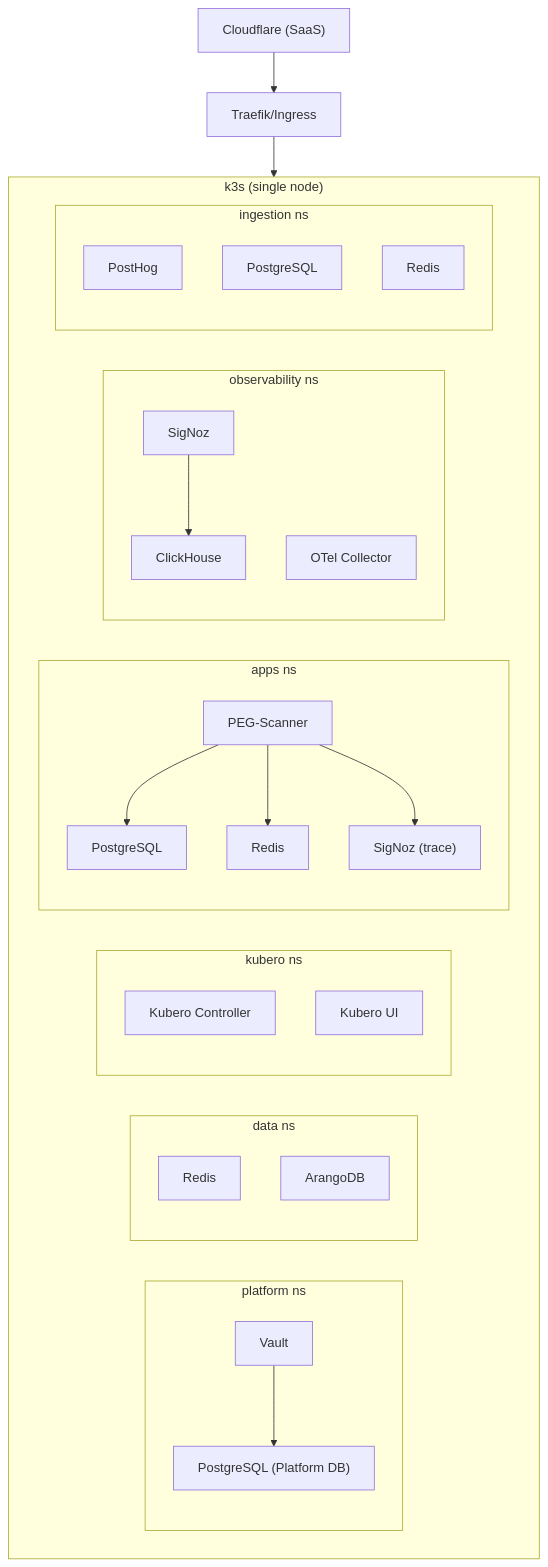
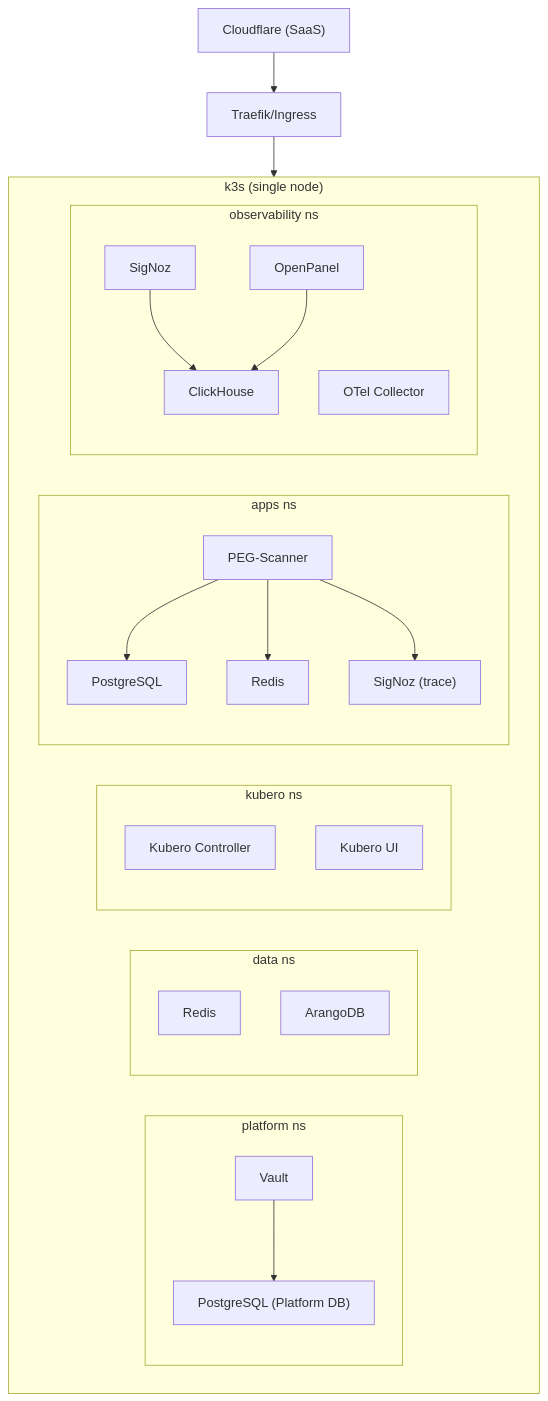
Before and after one commit to wangzitian0/infra: the diagram in docs/project/BRN-004.md, drawn with Mermaid. The commit also changed other lines of this file and 32 other files, not shown here.

First line of the commit message:
feat(platform): add OpenPanel L2 infrastructure with Portal Gate authentication (#336)

````diff
--- a/docs/project/BRN-004.md
+++ b/docs/project/BRN-004.md
@@ -216,42 +215,38 @@
 ```mermaid
 flowchart TB
     Cloudflare["Cloudflare (SaaS)"] --> Traefik["Traefik/Ingress"]
 
     subgraph K3s["k3s (single node)"]
         subgraph PlatformNS["platform ns"]
             Vault["Vault"] --> PlatformPG["PostgreSQL (Platform DB)"]
         end
 
         subgraph DataNS["data ns"]
             Redis["Redis"]
             ArangoDB["ArangoDB"]
         end
 
         subgraph KuberoNS["kubero ns"]
             KuberoCtrl["Kubero Controller"]
             KuberoUI["Kubero UI"]
         end
 
         subgraph AppsNS["apps ns"]
             Peg["PEG-Scanner"]
             Peg --> AppPG["PostgreSQL"]
             Peg --> AppRedis["Redis"]
             Peg --> SigNozTrace["SigNoz (trace)"]
         end
 
         subgraph ObsNS["observability ns"]
             SigNoz["SigNoz"]
+            OpenPanel["OpenPanel"]
             ClickHouse["ClickHouse"]
             OTel["OTel Collector"]
             SigNoz --> ClickHouse
-        end
-
-        subgraph IngestNS["ingestion ns"]
-            PostHog["PostHog"]
-            IngestPG["PostgreSQL"]
-            IngestRedis["Redis"]
+            OpenPanel --> ClickHouse
         end
     end
 
     Traefik --> K3s
 ```
````
